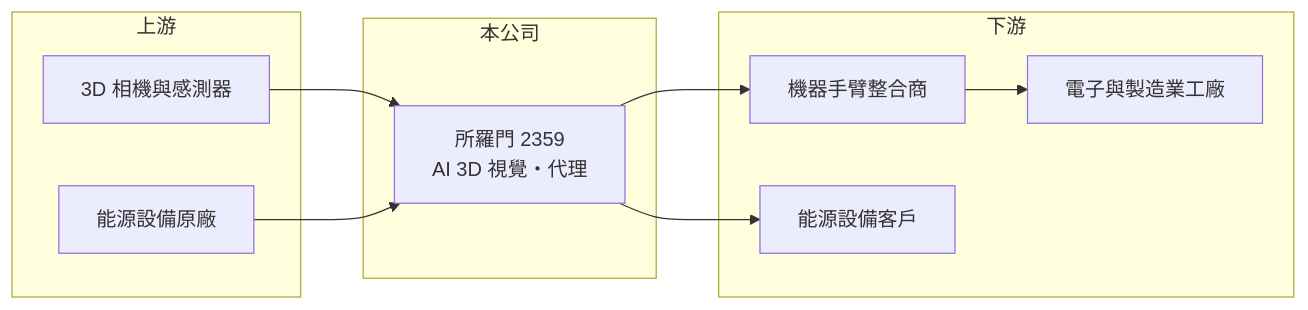
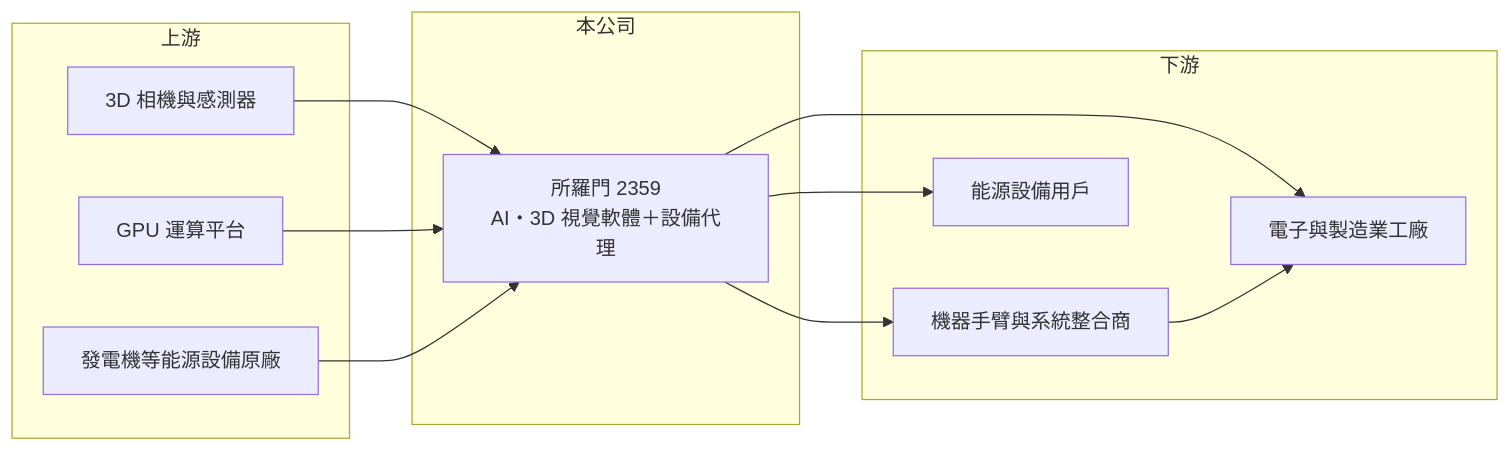
The diagram in 個股/台股/2359所羅門.md (wangnick1004/taiwan-stock-vault), drawn with Mermaid before and after one commit. The commit also changed other lines of this file and 10 other files, not shown here.

````diff
--- a/個股/台股/2359所羅門.md
+++ b/個股/台股/2359所羅門.md
@@ -85,20 +100,23 @@
 ```mermaid
 flowchart LR
     subgraph 上游
-        A1["3D 相機與感測器"]
-        A2["能源設備原廠"]
+        A1[3D 相機與感測器]
+        A2[GPU 運算平台]
+        A3[發電機等能源設備原廠]
     end
     subgraph 本公司
-        B["所羅門 2359<br/>AI 3D 視覺・代理"]
+        B[所羅門 2359<br/>AI・3D 視覺軟體＋設備代理]
     end
     subgraph 下游
-        C1["機器手臂整合商"]
-        C2["電子與製造業工廠"]
-        C3["能源設備客戶"]
+        C1[機器手臂與系統整合商]
+        C2[電子與製造業工廠]
+        C3[能源設備用戶]
     end
     A1 --> B
     A2 --> B
+    A3 --> B
     B --> C1
+    B --> C2
+    B --> C3
     C1 --> C2
-    B --> C3
 ```
````
